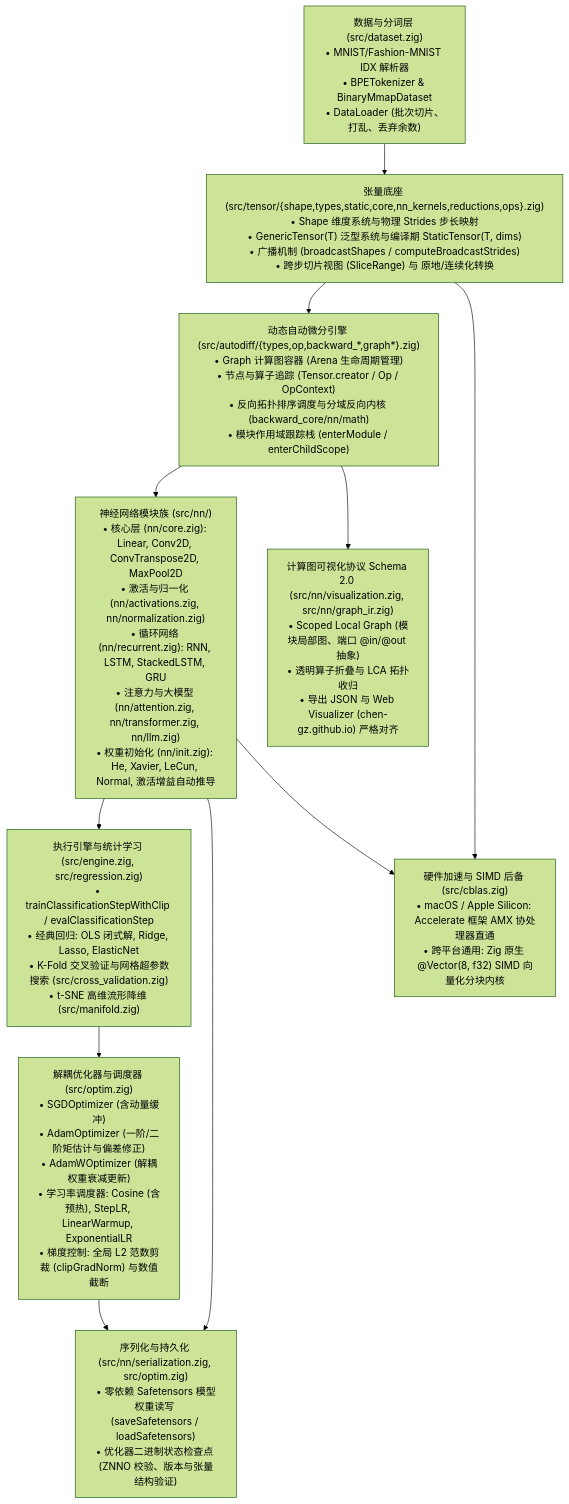
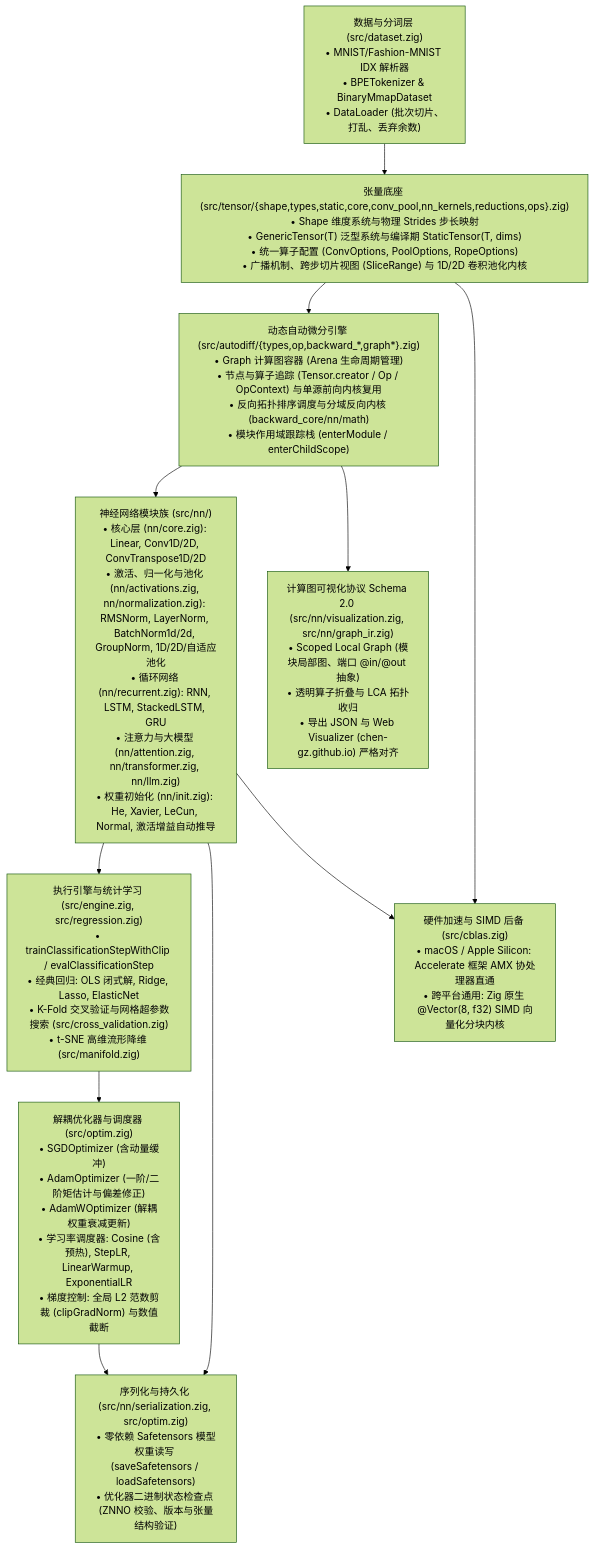
One commit to chen-gz/znn changed the first of 3 diagrams in doc/architecture.md. Above: the diagram before and after it, drawn with Mermaid (forest theme). The commit also changed other lines of this file and 4 other files, not shown here.

First line of the commit message:
docs: update architecture, roadmap, and changelog for unified Options and conv/pool/norm layers

````diff
--- a/doc/architecture.md
+++ b/doc/architecture.md
@@ -65,31 +67,31 @@
 ```mermaid
 flowchart TD
     Dataset["数据与分词层 (src/dataset.zig)\n• MNIST/Fashion-MNIST IDX 解析器\n• BPETokenizer & BinaryMmapDataset\n• DataLoader (批次切片、打乱、丢弃余数)"]
     
-    TensorCore["张量底座 (src/tensor/{shape,types,static,core,nn_kernels,reductions,ops}.zig)\n• Shape 维度系统与物理 Strides 步长映射\n• GenericTensor(T) 泛型系统与编译期 StaticTensor(T, dims)\n• 广播机制 (broadcastShapes / computeBroadcastStrides)\n• 跨步切片视图 (SliceRange) 与 原地/连续化转换"]
+    TensorCore["张量底座 (src/tensor/{shape,types,static,core,conv_pool,nn_kernels,reductions,ops}.zig)\n• Shape 维度系统与物理 Strides 步长映射\n• GenericTensor(T) 泛型系统与编译期 StaticTensor(T, dims)\n• 统一算子配置 (ConvOptions, PoolOptions, RopeOptions)\n• 广播机制、跨步切片视图 (SliceRange) 与 1D/2D 卷积池化内核"]
     
-    Autodiff["动态自动微分引擎 (src/autodiff/{types,op,backward_*,graph*}.zig)\n• Graph 计算图容器 (Arena 生命周期管理)\n• 节点与算子追踪 (Tensor.creator / Op / OpContext)\n• 反向拓扑排序调度与分域反向内核 (backward_core/nn/math)\n• 模块作用域跟踪栈 (enterModule / enterChildScope)"]
+    Autodiff["动态自动微分引擎 (src/autodiff/{types,op,backward_*,graph*}.zig)\n• Graph 计算图容器 (Arena 生命周期管理)\n• 节点与算子追踪 (Tensor.creator / Op / OpContext) 与单源前向内核复用\n• 反向拓扑排序调度与分域反向内核 (backward_core/nn/math)\n• 模块作用域跟踪栈 (enterModule / enterChildScope)"]
     
-    NNModules["神经网络模块族 (src/nn/)\n• 核心层 (nn/core.zig): Linear, Conv2D, ConvTranspose2D, MaxPool2D\n• 激活与归一化 (nn/activations.zig, nn/normalization.zig)\n• 循环网络 (nn/recurrent.zig): RNN, LSTM, StackedLSTM, GRU\n• 注意力与大模型 (nn/attention.zig, nn/transformer.zig, nn/llm.zig)\n• 权重初始化 (nn/init.zig): He, Xavier, LeCun, Normal, 激活增益自动推导"]
+    NNModules["神经网络模块族 (src/nn/)\n• 核心层 (nn/core.zig): Linear, Conv1D/2D, ConvTranspose1D/2D\n• 激活、归一化与池化 (nn/activations.zig, nn/normalization.zig): RMSNorm, LayerNorm, BatchNorm1d/2d, GroupNorm, 1D/2D/自适应池化\n• 循环网络 (nn/recurrent.zig): RNN, LSTM, StackedLSTM, GRU\n• 注意力与大模型 (nn/attention.zig, nn/transformer.zig, nn/llm.zig)\n• 权重初始化 (nn/init.zig): He, Xavier, LeCun, Normal, 激活增益自动推导"]
     
     Engine["执行引擎与统计学习 (src/engine.zig, src/regression.zig)\n• trainClassificationStepWithClip / evalClassificationStep\n• 经典回归: OLS 闭式解, Ridge, Lasso, ElasticNet\n• K-Fold 交叉验证与网格超参数搜索 (src/cross_validation.zig)\n• t-SNE 高维流形降维 (src/manifold.zig)"]
     
     Optimizers["解耦优化器与调度器 (src/optim.zig)\n• SGDOptimizer (含动量缓冲)\n• AdamOptimizer (一阶/二阶矩估计与偏差修正)\n• AdamWOptimizer (解耦权重衰减更新)\n• 学习率调度器: Cosine (含预热), StepLR, LinearWarmup, ExponentialLR\n• 梯度控制: 全局 L2 范数剪裁 (clipGradNorm) 与数值截断"]
     
     Persistence["序列化与持久化 (src/nn/serialization.zig, src/optim.zig)\n• 零依赖 Safetensors 模型权重读写 (saveSafetensors / loadSafetensors)\n• 优化器二进制状态检查点 (ZNNO 校验、版本与张量结构验证)"]
     
     Visualization["计算图可视化协议 Schema 2.0 (src/nn/visualization.zig, src/nn/graph_ir.zig)\n• Scoped Local Graph (模块局部图、端口 @in/@out 抽象)\n• 透明算子折叠与 LCA 拓扑收归\n• 导出 JSON 与 Web Visualizer (chen-gz.github.io) 严格对齐"]
     
     Hardware["硬件加速与 SIMD 后备 (src/cblas.zig)\n• macOS / Apple Silicon: Accelerate 框架 AMX 协处理器直通\n• 跨平台通用: Zig 原生 @Vector(8, f32) SIMD 向量化分块内核"]
 
     Dataset --> TensorCore
     TensorCore --> Autodiff
     Autodiff --> NNModules
     NNModules --> Engine
     Engine --> Optimizers
     NNModules --> Persistence
     Optimizers --> Persistence
     Autodiff --> Visualization
     TensorCore --> Hardware
     NNModules --> Hardware
 ```
````
